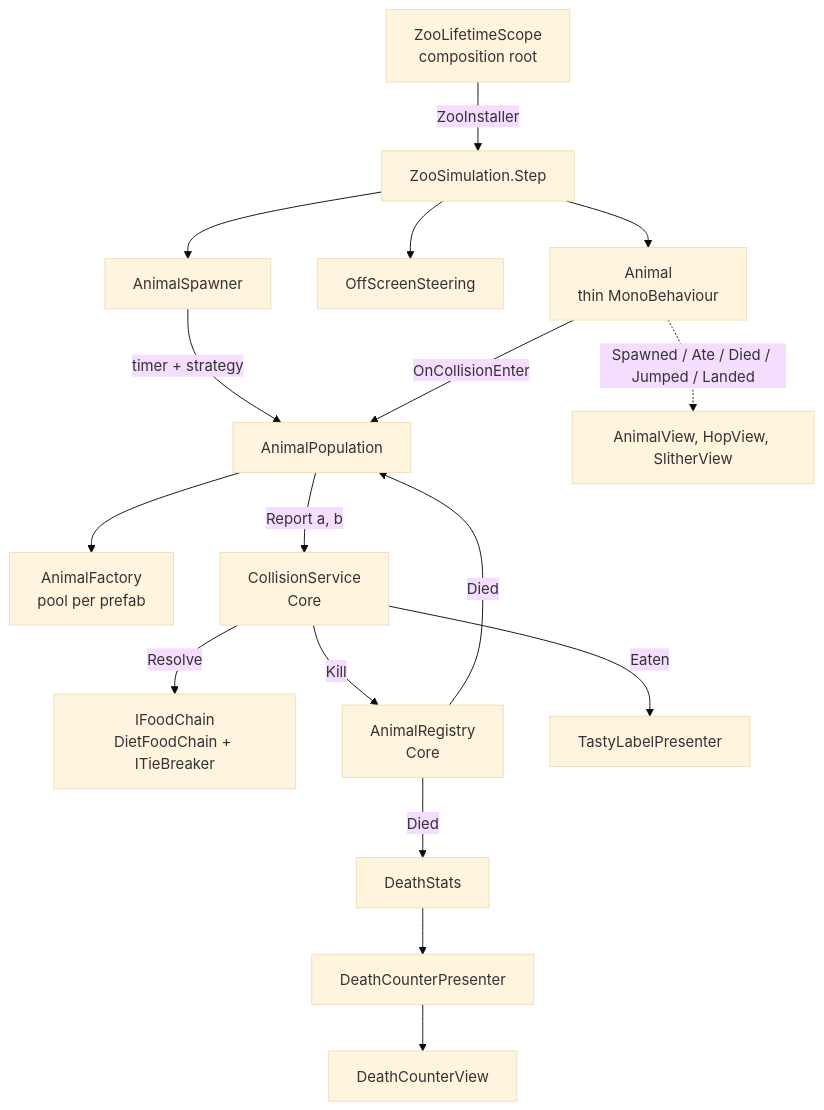
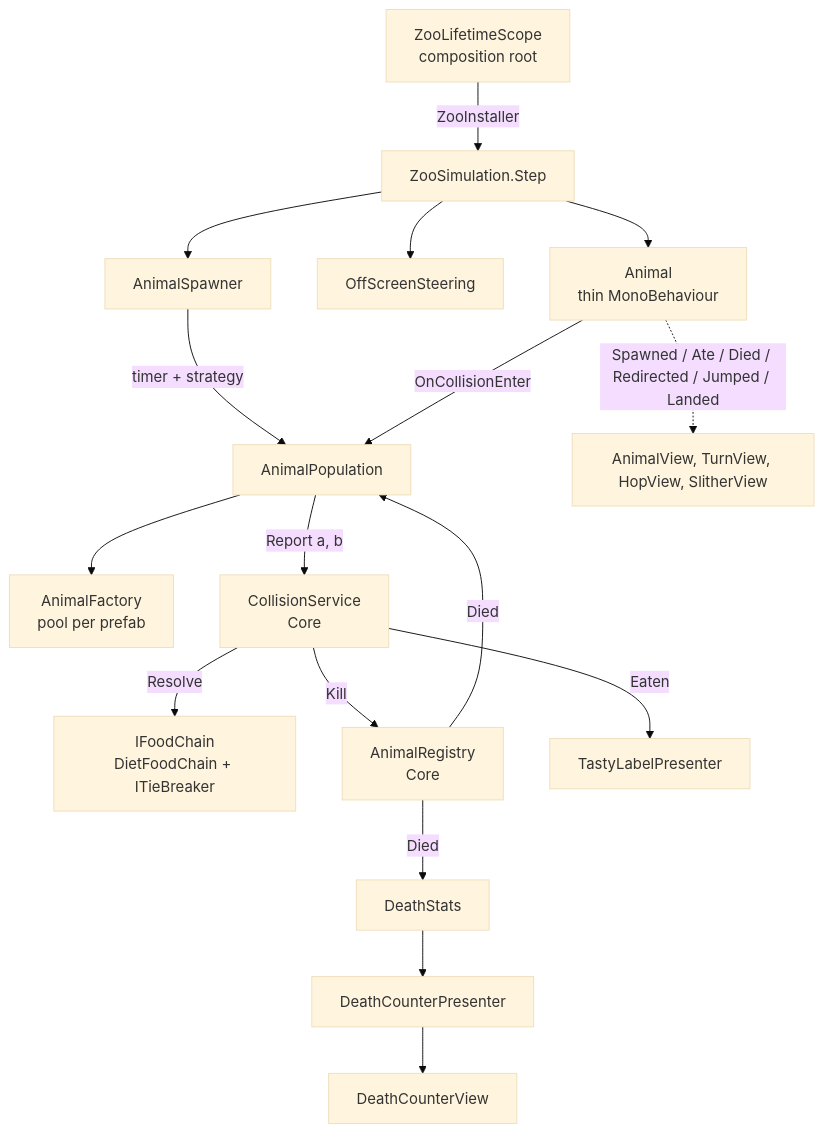
One commit to honix/Zoo-World changed the second of 2 diagrams in README.md. Above: the diagram before and after it, drawn with Mermaid (base theme). The commit also changed other lines of this file, not shown here.

````diff
--- a/README.md
+++ b/README.md
@@ -57,17 +57,17 @@
 ```mermaid
 graph TD
     Scope[ZooLifetimeScope<br/>composition root] -->|ZooInstaller| Sim
     Sim[ZooSimulation.Step] --> Spawner[AnimalSpawner]
     Sim --> Steering[OffScreenSteering]
     Sim --> Animal
     Spawner -->|timer + strategy| Population[AnimalPopulation]
     Population --> Factory[AnimalFactory<br/>pool per prefab]
     Animal[Animal<br/>thin MonoBehaviour] -->|OnCollisionEnter| Population
     Population -->|Report a, b| Collisions[CollisionService<br/>Core]
     Collisions -->|Resolve| FoodChain[IFoodChain<br/>DietFoodChain + ITieBreaker]
     Collisions -->|Kill| Registry[AnimalRegistry<br/>Core]
     Registry -->|Died| Stats[DeathStats] --> Presenter[DeathCounterPresenter] --> View[DeathCounterView]
     Registry -->|Died| Population
     Collisions -->|Eaten| Labels[TastyLabelPresenter]
-    Animal -.->|Spawned / Ate / Died / Jumped / Landed| Views[AnimalView, HopView, SlitherView]
+    Animal -.->|Spawned / Ate / Died / Redirected / Jumped / Landed| Views[AnimalView, TurnView, HopView, SlitherView]
 ```
````
